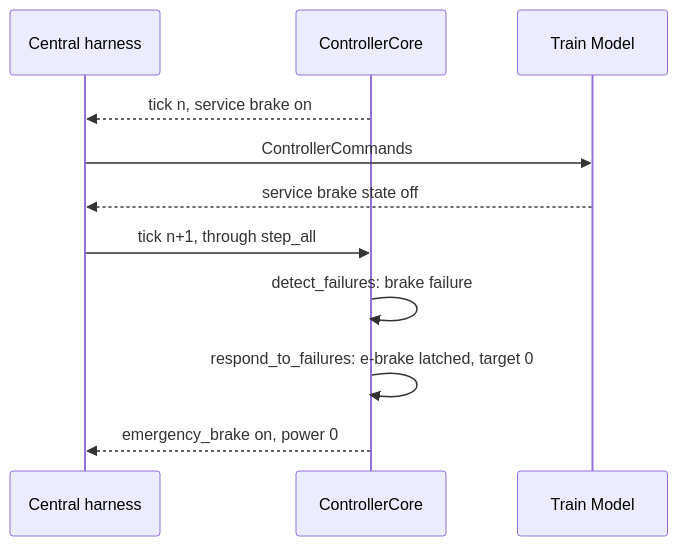
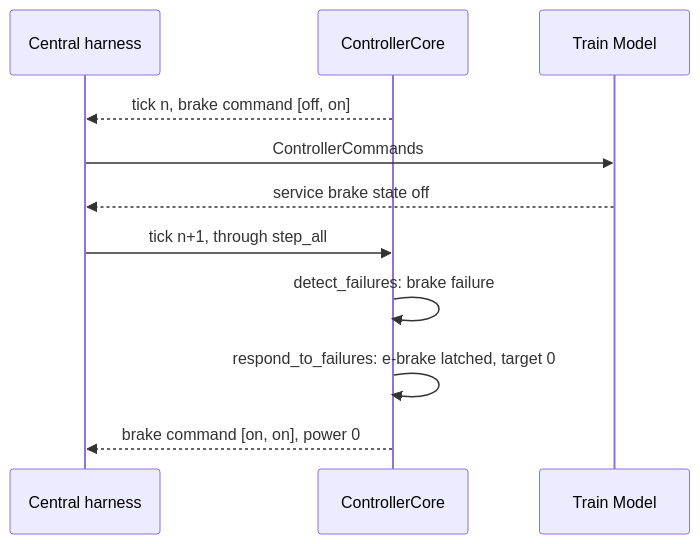
Diagram 11 of 11 in documents/Railway_Sim_SDD_Train_Controller.md (Landiss04/Track-Overflow), drawn with Mermaid before and after one commit. The commit also changed other lines of this file, not shown here.

````diff
--- a/documents/Railway_Sim_SDD_Train_Controller.md
+++ b/documents/Railway_Sim_SDD_Train_Controller.md
@@ -1085,13 +1229,13 @@
 ```mermaid
 sequenceDiagram
   participant H as Central harness
   participant C as ControllerCore
   participant TM as Train Model
-  C-->>H: tick n, service brake on
+  C-->>H: tick n, brake command [off, on]
   H->>TM: ControllerCommands
   TM-->>H: service brake state off
   H->>C: tick n+1, through step_all
   C->>C: detect_failures: brake failure
   C->>C: respond_to_failures: e-brake latched, target 0
-  C-->>H: emergency_brake on, power 0
+  C-->>H: brake command [on, on], power 0
 ```
````
